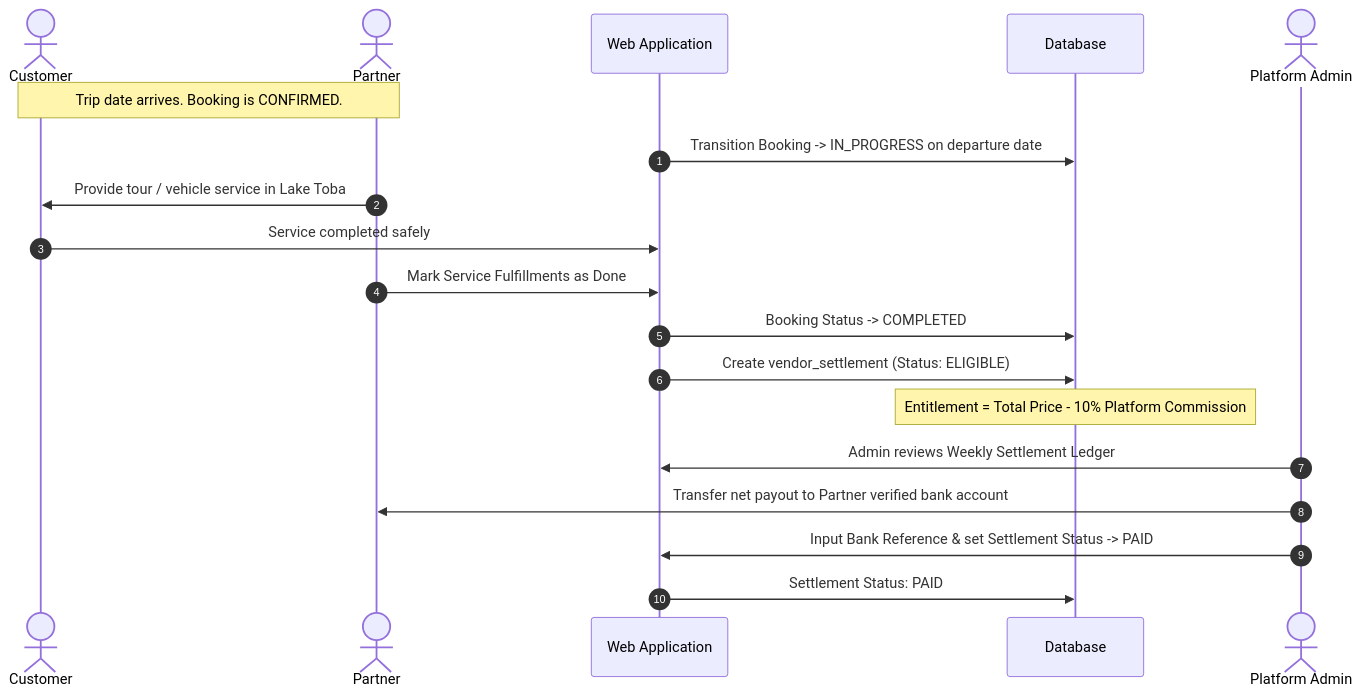
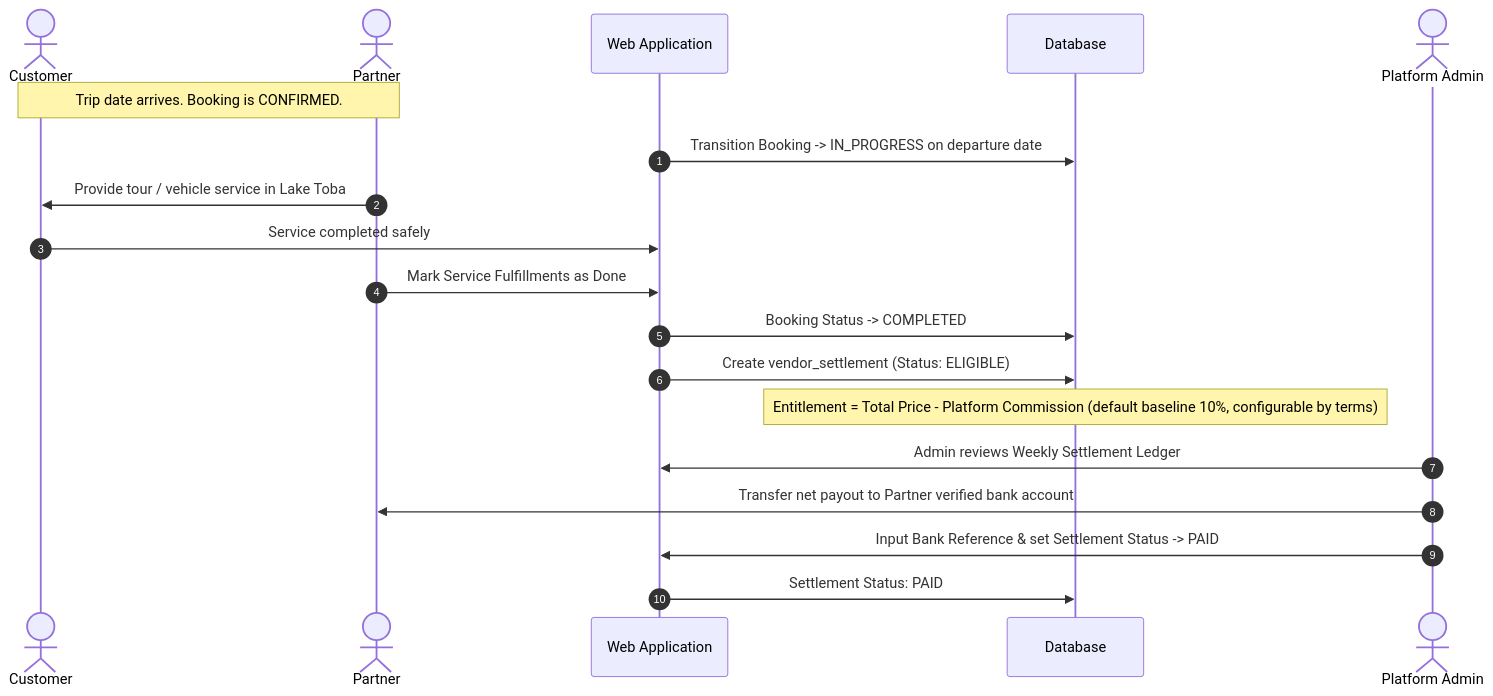
One commit to khensin166/Muter-Muter-App changed the fifth of 10 diagrams in docs/product/USER_FLOWS.md. Above: the diagram before and after it, drawn with Mermaid. The commit also changed other lines of this file and 96 other files, not shown here.

````diff
--- a/docs/product/USER_FLOWS.md
+++ b/docs/product/USER_FLOWS.md
@@ -142,23 +143,23 @@
 ```mermaid
 sequenceDiagram
     autonumber
     actor C as Customer
     actor V as Partner
     participant W as Web Application
     participant DB as Database
     actor A as Platform Admin
 
     Note over C,V: Trip date arrives. Booking is CONFIRMED.
     W->>DB: Transition Booking -> IN_PROGRESS on departure date
     V->>C: Provide tour / vehicle service in Lake Toba
     C->>W: Service completed safely
     V->>W: Mark Service Fulfillments as Done
     W->>DB: Booking Status -> COMPLETED
     W->>DB: Create vendor_settlement (Status: ELIGIBLE)
-    Note over DB: Entitlement = Total Price - 10% Platform Commission
+    Note over DB: Entitlement = Total Price - Platform Commission (default baseline 10%, configurable by terms)
 
     A->>W: Admin reviews Weekly Settlement Ledger
     A->>V: Transfer net payout to Partner verified bank account
     A->>W: Input Bank Reference & set Settlement Status -> PAID
     W->>DB: Settlement Status: PAID
 ```
````
